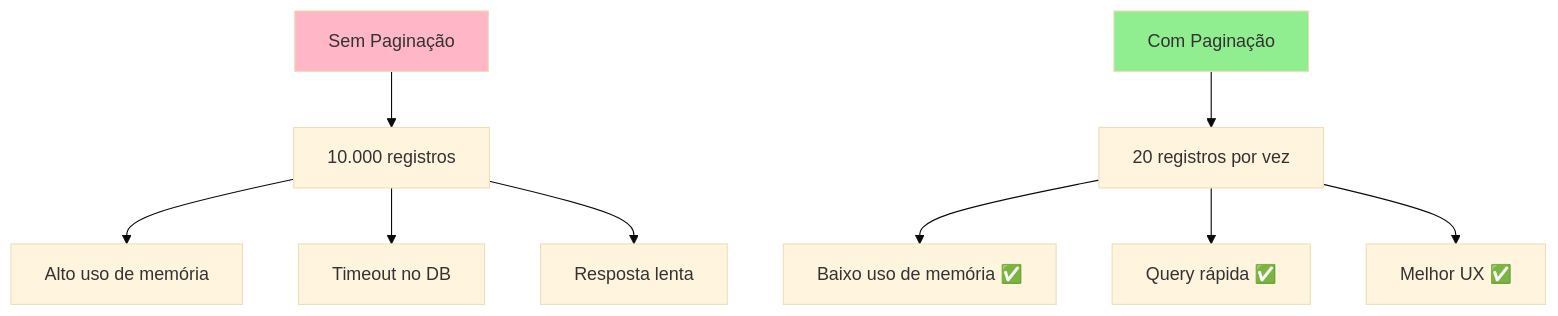
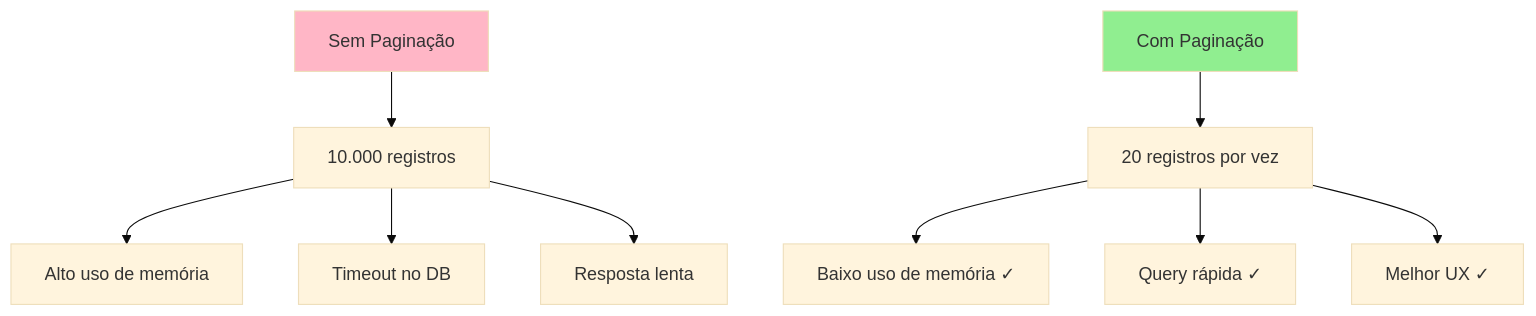
Before and after one commit to deusemarjunior/trein-java-intermed: the first of 2 diagrams in dia-02/slide-09.md, drawn with Mermaid (base theme). The commit also changed other lines of this file and 213 other files, not shown here.

Commit message:
feat: add slides for Clean Architecture, practical exercises, and review session

````diff
--- a/dia-02/slide-09.md
+++ b/dia-02/slide-09.md
@@ -9,15 +9,15 @@
 ```mermaid
 flowchart TD
     A[Sem Paginação] --> B[10.000 registros]
     B --> C[Alto uso de memória]
     B --> D[Timeout no DB]
     B --> E[Resposta lenta]
     
     F[Com Paginação] --> G[20 registros por vez]
-    G --> H[Baixo uso de memória ✅]
-    G --> I[Query rápida ✅]
-    G --> J[Melhor UX ✅]
+    G --> H["Baixo uso de memória ✓"]
+    G --> I["Query rápida ✓"]
+    G --> J["Melhor UX ✓"]
     
     style F fill:#90EE90
     style A fill:#FFB6C6
 ```
````
